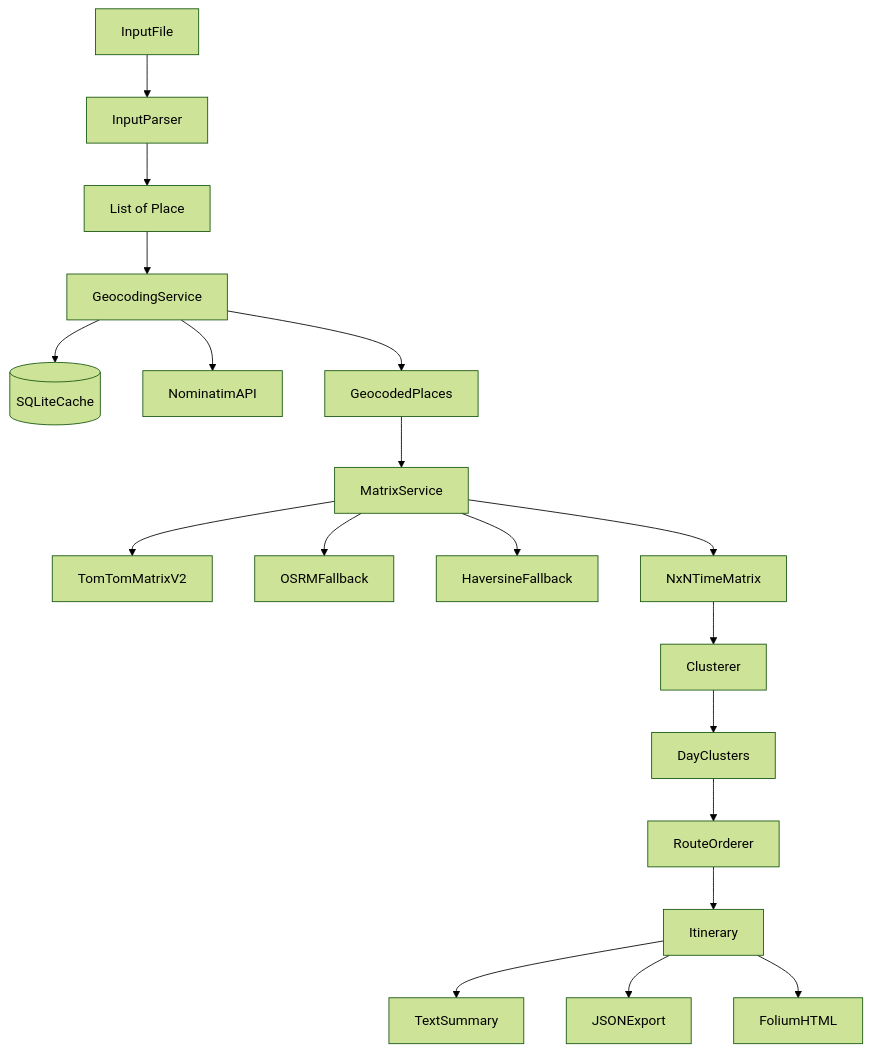
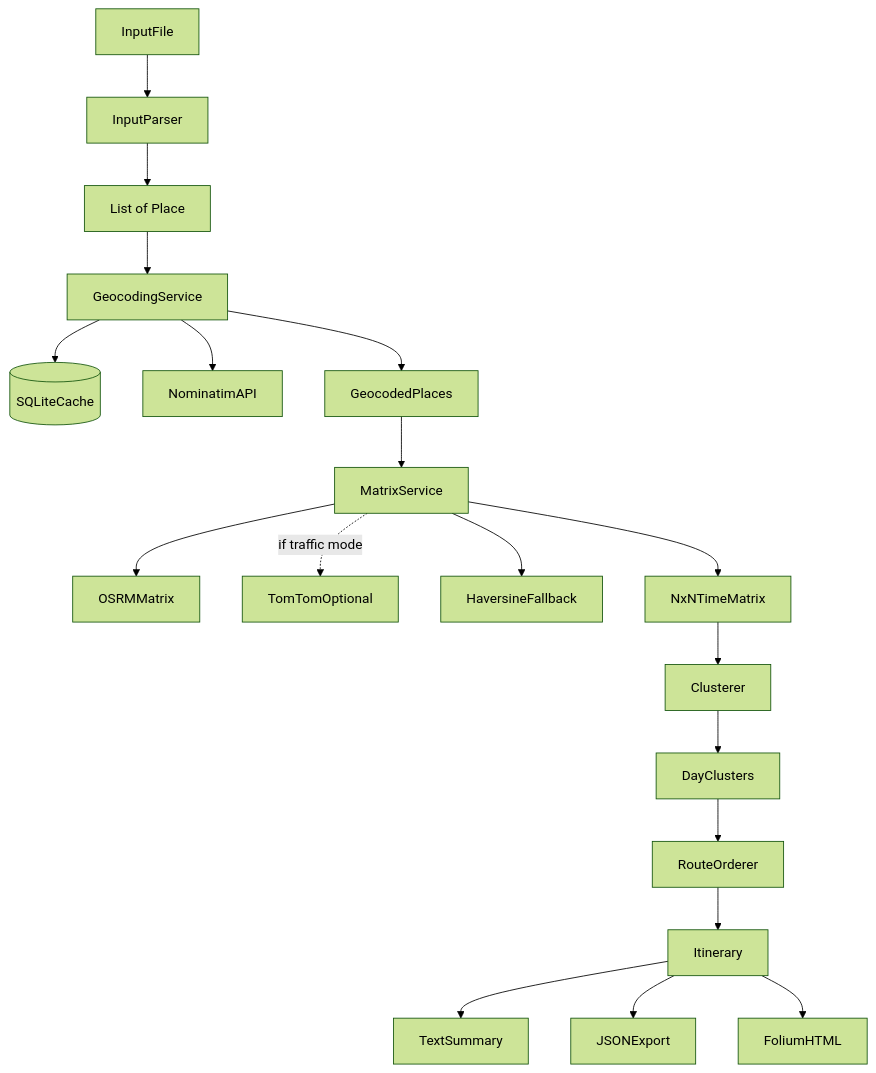
The first of 3 diagrams in scope.md (mmaeki/trip-cluster), drawn with Mermaid (forest theme) before and after one commit. The commit also changed other lines of this file and 2 other files, not shown here.

Commit message:
Updated scope.md to reflect OSRM/TomTOm switch

````diff
--- a/scope.md
+++ b/scope.md
@@ -164,21 +189,21 @@
 ```mermaid
 flowchart TD
     inputFile[InputFile] --> parser[InputParser]
     parser --> places[List of Place]
     places --> geocoder[GeocodingService]
     geocoder --> cache[(SQLiteCache)]
     geocoder --> nominatim[NominatimAPI]
     geocoder --> geocoded[GeocodedPlaces]
     geocoded --> matrixSvc[MatrixService]
-    matrixSvc --> tomtom[TomTomMatrixV2]
-    matrixSvc --> osrm[OSRMFallback]
+    matrixSvc --> osrm[OSRMMatrix]
+    matrixSvc -.->|"if traffic mode"| tomtom[TomTomOptional]
     matrixSvc --> haversine[HaversineFallback]
     matrixSvc --> matrix[NxNTimeMatrix]
     matrix --> clusterer[Clusterer]
     clusterer --> dayClusters[DayClusters]
     dayClusters --> orderer[RouteOrderer]
     orderer --> itinerary[Itinerary]
     itinerary --> textOut[TextSummary]
     itinerary --> jsonOut[JSONExport]
     itinerary --> mapOut[FoliumHTML]
 ```
````
